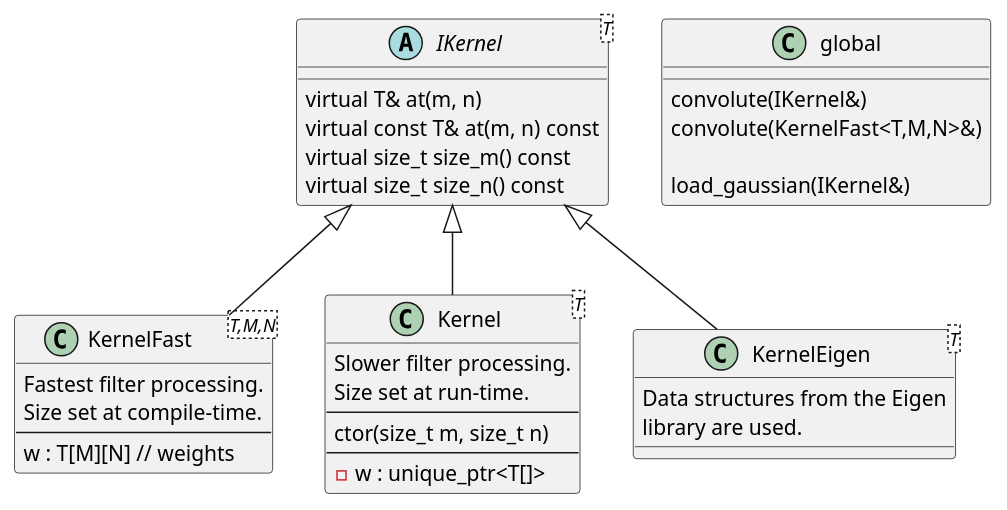
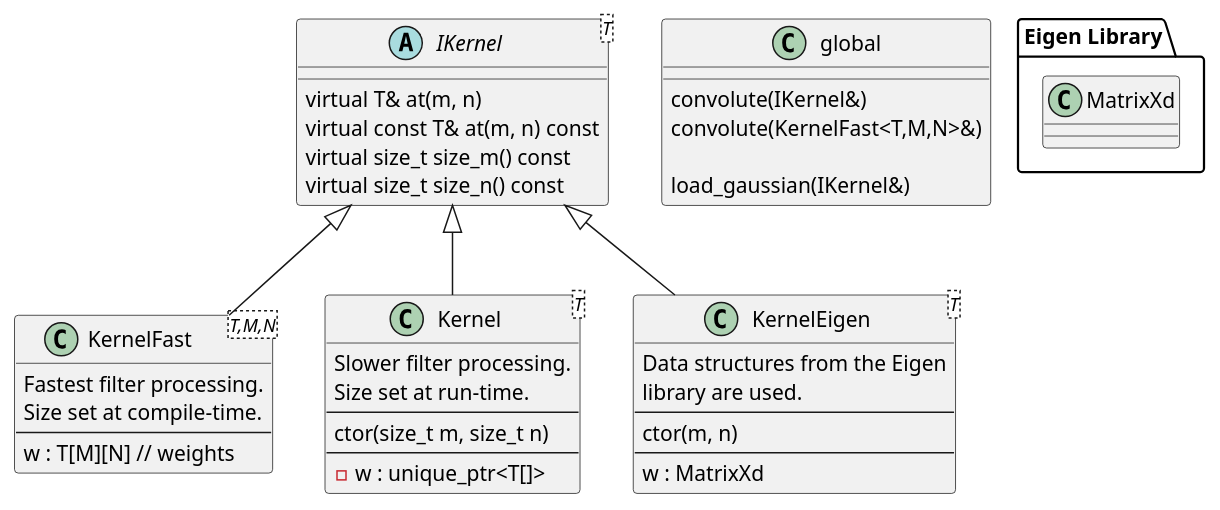
One commit to ibpaul/workshop changed the diagram in doc/design/diagram/kernel_class_hierarchy.puml. Above: the diagram before and after it, drawn with PlantUML. The commit also changed 9 other files, not shown here.

Commit message:
eigen library can be accessed through the filter tool

```diff
--- a/doc/design/diagram/kernel_class_hierarchy.puml
+++ b/doc/design/diagram/kernel_class_hierarchy.puml
@@ -1,45 +1,54 @@
 @startuml
 
 abstract IKernel<T> {
     virtual T& at(m, n)
     virtual const T& at(m, n) const
     virtual size_t size_m() const
     virtual size_t size_n() const
 }
 
 class KernelFast<T,M,N> {
     Fastest filter processing.
     Size set at compile-time.
     ---
     {field} w : T[M][N] // weights
 }
 
 class Kernel<T> {
     Slower filter processing.
     Size set at run-time.
     ---
     ctor(size_t m, size_t n)
     ---
     - w : unique_ptr<T[]>
 }
 
+package "Eigen Library" {
+    class MatrixXd
+}
+
 class KernelEigen<T> {
     Data structures from the Eigen
     library are used.
+    ---
+    ctor(m, n)
+    ---
+    w : MatrixXd
 }
+
 
 IKernel <|-- KernelFast
 IKernel <|-- Kernel
 IKernel <|-- KernelEigen
 
 
 class global {
     convolute(IKernel&)
     convolute(KernelFast<T,M,N>&)
 
     load_gaussian(IKernel&)
 }
 
 
 
 @enduml
```
